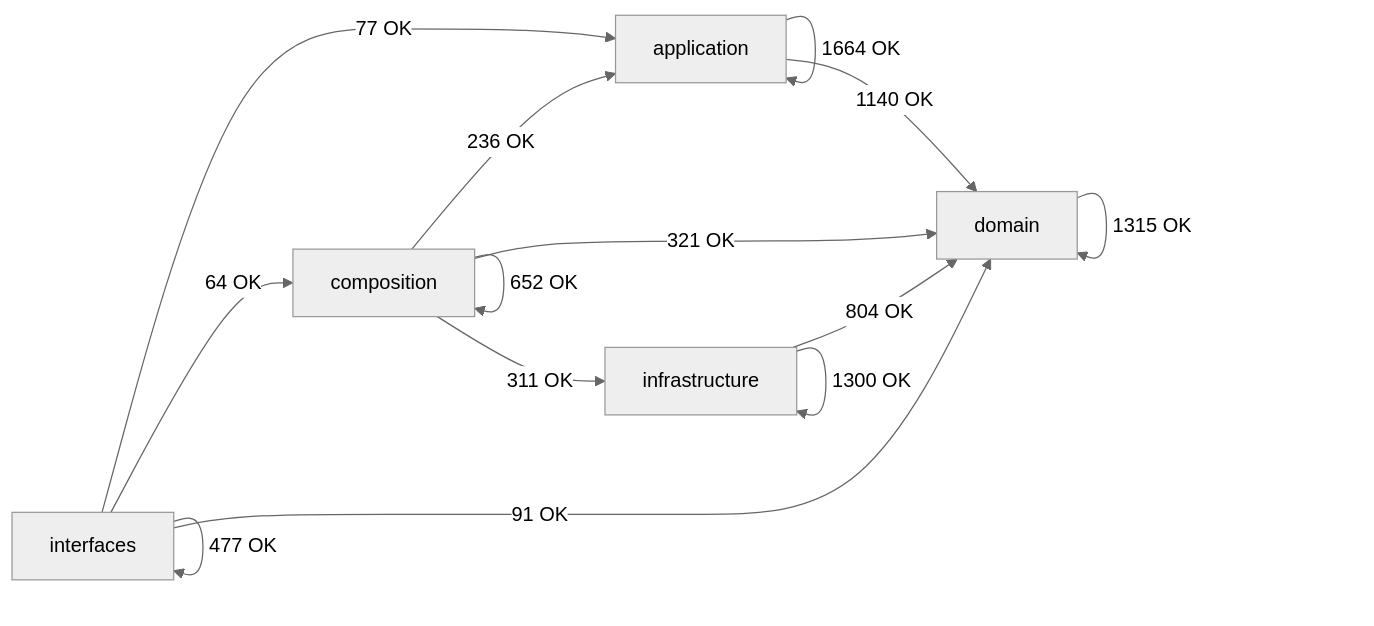
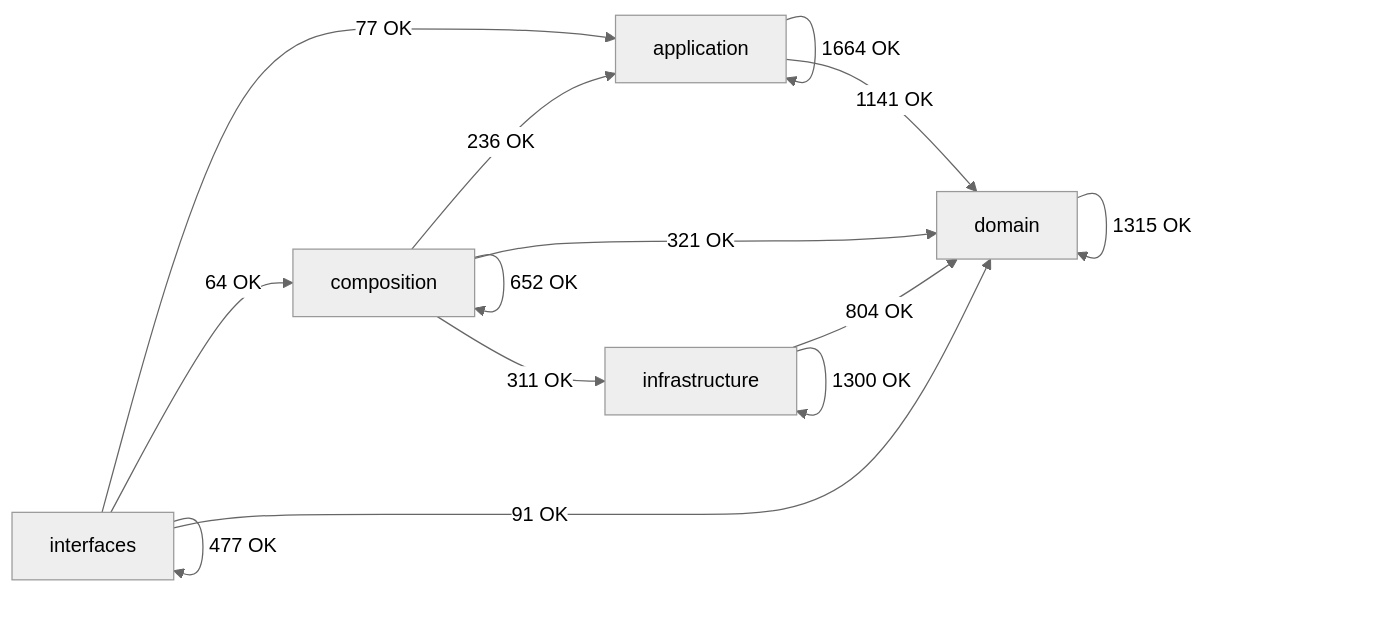
One commit to SatoryKono/BioactivityDataAcquisition changed the diagram in docs/02-architecture/generated/module-dependency-map.md. Above: the diagram before and after it, drawn with Mermaid (neutral theme). The commit also changed other lines of this file and 1 other file, not shown here.

Commit message:
docs: refresh architecture dependency map

````diff
--- a/docs/02-architecture/generated/module-dependency-map.md
+++ b/docs/02-architecture/generated/module-dependency-map.md
@@ -17,21 +17,21 @@
 ```mermaid
 flowchart LR
     domain[domain]
     application[application]
     infrastructure[infrastructure]
     composition[composition]
     interfaces[interfaces]
     application -->|1664 OK| application
-    application -->|1140 OK| domain
+    application -->|1141 OK| domain
     composition -->|236 OK| application
     composition -->|652 OK| composition
     composition -->|321 OK| domain
     composition -->|311 OK| infrastructure
     domain -->|1315 OK| domain
     infrastructure -->|804 OK| domain
     infrastructure -->|1300 OK| infrastructure
     interfaces -->|77 OK| application
     interfaces -->|64 OK| composition
     interfaces -->|91 OK| domain
     interfaces -->|477 OK| interfaces
 ```
````
